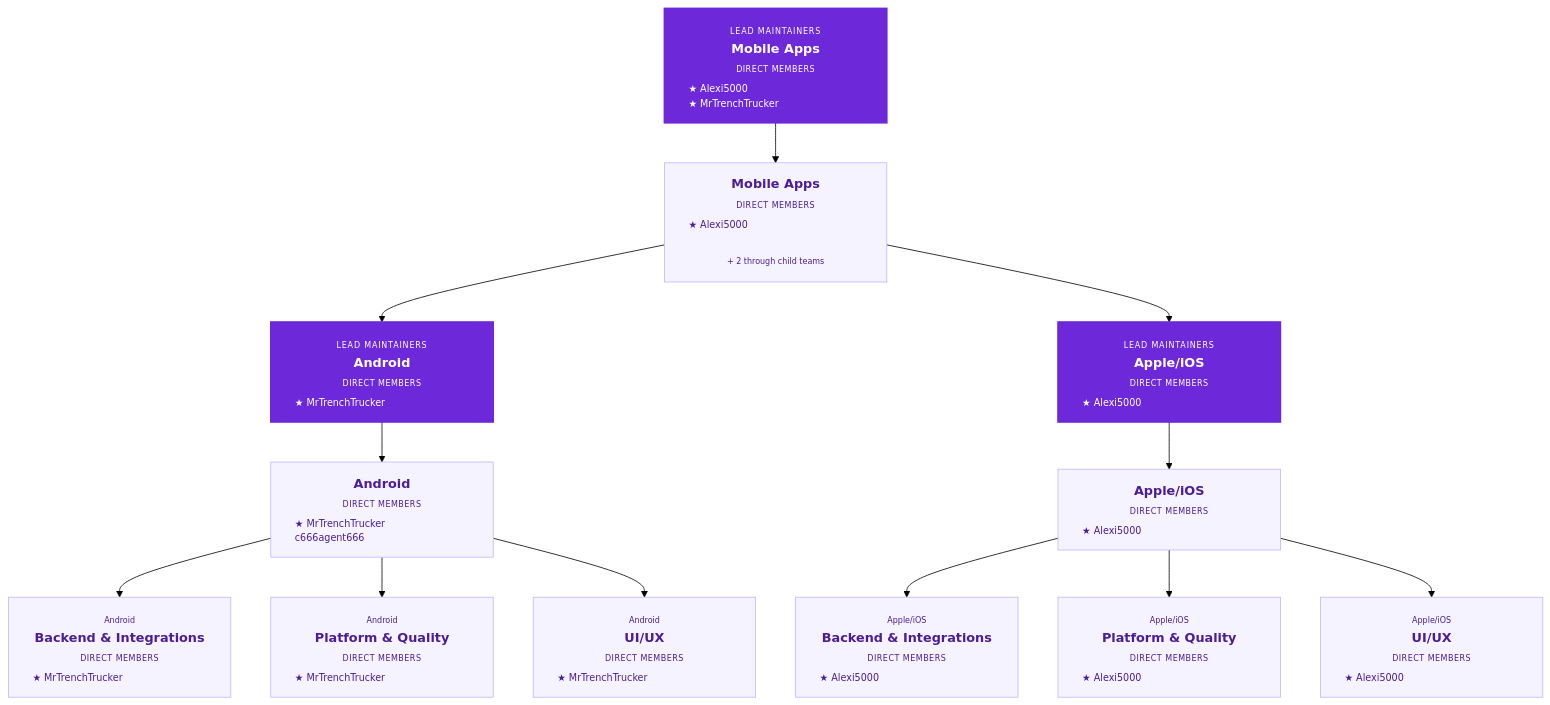
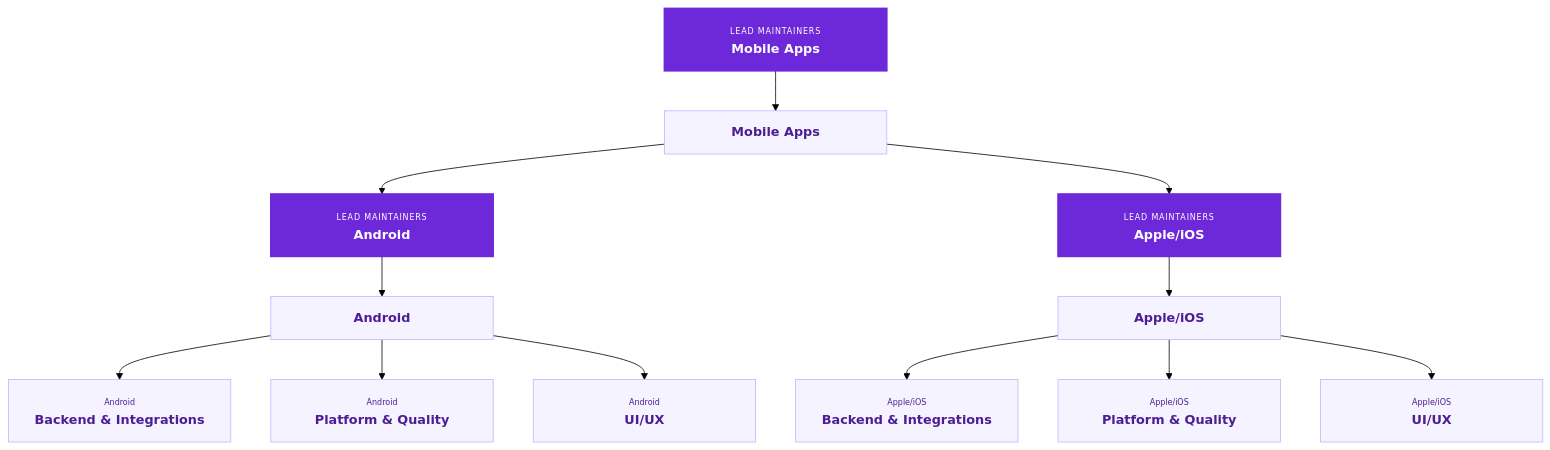
The diagram in docs/organization/snapshots/2026-10-29/area-mobile-apps.mmd (Pick-Your-AI/.github), drawn with Mermaid (forest theme) before and after one commit. The commit also changed 53 other files, not shown here.

Commit message:
Remove private membership data from public organization charts

```diff
--- a/docs/organization/snapshots/2026-10-29/area-mobile-apps.mmd
+++ b/docs/organization/snapshots/2026-10-29/area-mobile-apps.mmd
@@ -1,51 +1,51 @@
-%% Live GitHub snapshot 2026-10-30T02:33:56.069534+00:00
-%% Includes all direct members and pending invitees.
+%% Historical team hierarchy captured 2026-10-30T02:33:56.069534+00:00
+%% Public team structure only; personal data excluded.
 flowchart TB
- team_20166812["<div style='width:218px;text-align:center;line-height:1.5'><b>Android</b><br/><span style='font-size:10px;letter-spacing:0.6px'>DIRECT MEMBERS</span><div style='font-size:12px;text-align:left;margin-top:5px'>★ MrTrenchTrucker<br/>c666agent666</div></div>"]:::mobile
- team_20423806["<div style='width:218px;text-align:center;line-height:1.5'><span style='font-size:10px'>Android</span><br/><b>Backend &amp; Integrations</b><br/><span style='font-size:10px;letter-spacing:0.6px'>DIRECT MEMBERS</span><div style='font-size:12px;text-align:left;margin-top:5px'>★ MrTrenchTrucker</div></div>"]:::mobile
- team_20423808["<div style='width:218px;text-align:center;line-height:1.5'><span style='font-size:10px'>Android</span><br/><b>Platform &amp; Quality</b><br/><span style='font-size:10px;letter-spacing:0.6px'>DIRECT MEMBERS</span><div style='font-size:12px;text-align:left;margin-top:5px'>★ MrTrenchTrucker</div></div>"]:::mobile
- team_20423804["<div style='width:218px;text-align:center;line-height:1.5'><span style='font-size:10px'>Android</span><br/><b>UI/UX</b><br/><span style='font-size:10px;letter-spacing:0.6px'>DIRECT MEMBERS</span><div style='font-size:12px;text-align:left;margin-top:5px'>★ MrTrenchTrucker</div></div>"]:::mobile
- team_20166920["<div style='width:218px;text-align:center;line-height:1.5'><b>Apple/iOS</b><br/><span style='font-size:10px;letter-spacing:0.6px'>DIRECT MEMBERS</span><div style='font-size:12px;text-align:left;margin-top:5px'>★ Alexi5000</div></div>"]:::mobile
- team_20423801["<div style='width:218px;text-align:center;line-height:1.5'><span style='font-size:10px'>Apple/iOS</span><br/><b>Backend &amp; Integrations</b><br/><span style='font-size:10px;letter-spacing:0.6px'>DIRECT MEMBERS</span><div style='font-size:12px;text-align:left;margin-top:5px'>★ Alexi5000</div></div>"]:::mobile
- team_20423803["<div style='width:218px;text-align:center;line-height:1.5'><span style='font-size:10px'>Apple/iOS</span><br/><b>Platform &amp; Quality</b><br/><span style='font-size:10px;letter-spacing:0.6px'>DIRECT MEMBERS</span><div style='font-size:12px;text-align:left;margin-top:5px'>★ Alexi5000</div></div>"]:::mobile
- team_20423800["<div style='width:218px;text-align:center;line-height:1.5'><span style='font-size:10px'>Apple/iOS</span><br/><b>UI/UX</b><br/><span style='font-size:10px;letter-spacing:0.6px'>DIRECT MEMBERS</span><div style='font-size:12px;text-align:left;margin-top:5px'>★ Alexi5000</div></div>"]:::mobile
- team_20423992["<div style='width:218px;text-align:center;line-height:1.5'><span style='font-size:10px;letter-spacing:1px'>LEAD MAINTAINERS</span><br/><b>Android</b><br/><span style='font-size:10px;letter-spacing:0.6px'>DIRECT MEMBERS</span><div style='font-size:12px;text-align:left;margin-top:5px'>★ MrTrenchTrucker</div></div>"]:::mobileLead
- team_20424010["<div style='width:218px;text-align:center;line-height:1.5'><span style='font-size:10px;letter-spacing:1px'>LEAD MAINTAINERS</span><br/><b>Apple/iOS</b><br/><span style='font-size:10px;letter-spacing:0.6px'>DIRECT MEMBERS</span><div style='font-size:12px;text-align:left;margin-top:5px'>★ Alexi5000</div></div>"]:::mobileLead
- team_20191293["<div style='width:218px;text-align:center;line-height:1.5'><span style='font-size:10px;letter-spacing:1px'>LEAD MAINTAINERS</span><br/><b>Mobile Apps</b><br/><span style='font-size:10px;letter-spacing:0.6px'>DIRECT MEMBERS</span><div style='font-size:12px;text-align:left;margin-top:5px'>★ Alexi5000<br/>★ MrTrenchTrucker</div></div>"]:::mobileLead
- team_20182744["<div style='width:218px;text-align:center;line-height:1.5'><b>Mobile Apps</b><br/><span style='font-size:10px;letter-spacing:0.6px'>DIRECT MEMBERS</span><div style='font-size:12px;text-align:left;margin-top:5px'>★ Alexi5000</div><br/><span style='font-size:10px'>+ 2 through child teams</span></div>"]:::mobile
+ team_20166812["<div style='width:218px;text-align:center;line-height:1.5'><b>Android</b></div>"]:::mobile
+ team_20423806["<div style='width:218px;text-align:center;line-height:1.5'><span style='font-size:10px'>Android</span><br/><b>Backend &amp; Integrations</b></div>"]:::mobile
+ team_20423808["<div style='width:218px;text-align:center;line-height:1.5'><span style='font-size:10px'>Android</span><br/><b>Platform &amp; Quality</b></div>"]:::mobile
+ team_20423804["<div style='width:218px;text-align:center;line-height:1.5'><span style='font-size:10px'>Android</span><br/><b>UI/UX</b></div>"]:::mobile
+ team_20166920["<div style='width:218px;text-align:center;line-height:1.5'><b>Apple/iOS</b></div>"]:::mobile
+ team_20423801["<div style='width:218px;text-align:center;line-height:1.5'><span style='font-size:10px'>Apple/iOS</span><br/><b>Backend &amp; Integrations</b></div>"]:::mobile
+ team_20423803["<div style='width:218px;text-align:center;line-height:1.5'><span style='font-size:10px'>Apple/iOS</span><br/><b>Platform &amp; Quality</b></div>"]:::mobile
+ team_20423800["<div style='width:218px;text-align:center;line-height:1.5'><span style='font-size:10px'>Apple/iOS</span><br/><b>UI/UX</b></div>"]:::mobile
+ team_20423992["<div style='width:218px;text-align:center;line-height:1.5'><span style='font-size:10px;letter-spacing:1px'>LEAD MAINTAINERS</span><br/><b>Android</b></div>"]:::mobileLead
+ team_20424010["<div style='width:218px;text-align:center;line-height:1.5'><span style='font-size:10px;letter-spacing:1px'>LEAD MAINTAINERS</span><br/><b>Apple/iOS</b></div>"]:::mobileLead
+ team_20191293["<div style='width:218px;text-align:center;line-height:1.5'><span style='font-size:10px;letter-spacing:1px'>LEAD MAINTAINERS</span><br/><b>Mobile Apps</b></div>"]:::mobileLead
+ team_20182744["<div style='width:218px;text-align:center;line-height:1.5'><b>Mobile Apps</b></div>"]:::mobile
  team_20423992 --> team_20166812
  team_20166812 --> team_20423806
  team_20166812 --> team_20423808
  team_20166812 --> team_20423804
  team_20424010 --> team_20166920
  team_20166920 --> team_20423801
  team_20166920 --> team_20423803
  team_20166920 --> team_20423800
  team_20182744 --> team_20423992
  team_20182744 --> team_20424010
  team_20191293 --> team_20182744
 
  classDef owner fill:#102f3e,stroke:#102f3e,color:#fff,stroke-width:2px;
  classDef governance fill:#edf2f7,stroke:#94a3b8,color:#243c4b;
  classDef researchLead fill:#0f766e,stroke:#0f766e,color:#fff,stroke-width:2px;
  classDef research fill:#f0fdfa,stroke:#5eead4,color:#134e4a;
  classDef webLead fill:#1d4ed8,stroke:#1d4ed8,color:#fff,stroke-width:2px;
  classDef web fill:#eff6ff,stroke:#93c5fd,color:#1e3a8a;
  classDef mobileLead fill:#6d28d9,stroke:#6d28d9,color:#fff,stroke-width:2px;
  classDef mobile fill:#f5f3ff,stroke:#c4b5fd,color:#4c1d95;
  classDef educationLead fill:#c2410c,stroke:#c2410c,color:#fff,stroke-width:2px;
  classDef education fill:#fff7ed,stroke:#fdba74,color:#7c2d12;
  classDef community fill:#fffbeb,stroke:#fbbf24,color:#78350f;
 
  click team_20166812 "https://github.com/orgs/Pick-Your-AI/teams/android" "Android" _blank
  click team_20423806 "https://github.com/orgs/Pick-Your-AI/teams/android-backend-integrations" "Android - Backend &amp; Integrations" _blank
  click team_20423808 "https://github.com/orgs/Pick-Your-AI/teams/android-platform-quality" "Android - Platform &amp; Quality" _blank
  click team_20423804 "https://github.com/orgs/Pick-Your-AI/teams/android-ui-ux" "Android - UI/UX" _blank
  click team_20166920 "https://github.com/orgs/Pick-Your-AI/teams/apple-ios" "Apple/iOS" _blank
  click team_20423801 "https://github.com/orgs/Pick-Your-AI/teams/apple-ios-backend-integrations" "Apple/iOS - Backend &amp; Integrations" _blank
  click team_20423803 "https://github.com/orgs/Pick-Your-AI/teams/apple-ios-platform-quality" "Apple/iOS - Platform &amp; Quality" _blank
  click team_20423800 "https://github.com/orgs/Pick-Your-AI/teams/apple-ios-ui-ux" "Apple/iOS - UI/UX" _blank
  click team_20423992 "https://github.com/orgs/Pick-Your-AI/teams/lead-maintainers-android" "Lead Maintainers - Android" _blank
  click team_20424010 "https://github.com/orgs/Pick-Your-AI/teams/lead-maintainers-apple-ios" "Lead Maintainers - Apple/iOS" _blank
  click team_20191293 "https://github.com/orgs/Pick-Your-AI/teams/lead-maintainers-mobile-apps" "Lead Maintainers - Mobile Apps" _blank
  click team_20182744 "https://github.com/orgs/Pick-Your-AI/teams/mobile-apps" "Mobile Apps" _blank
```
